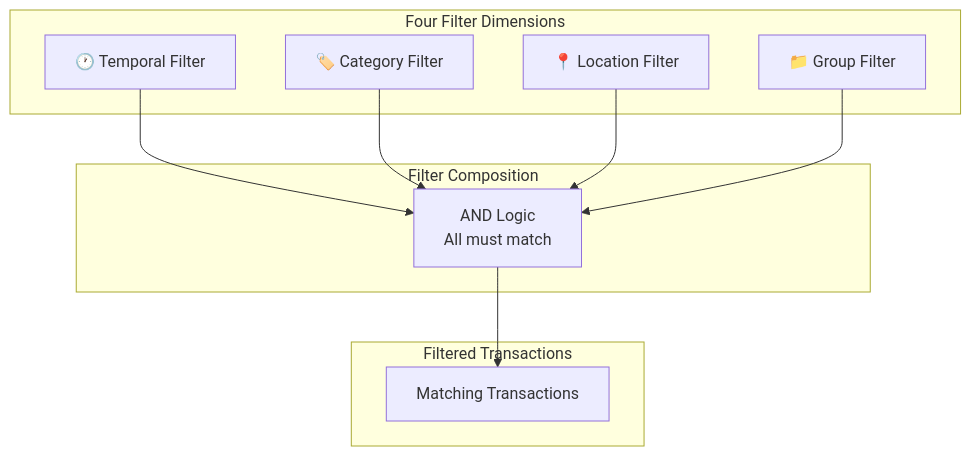
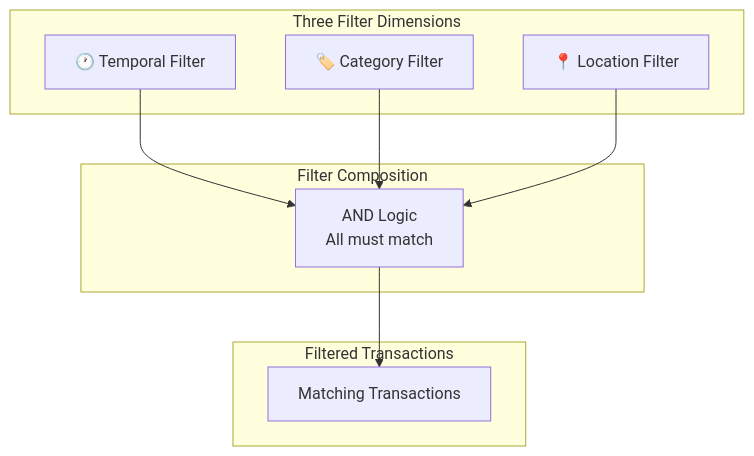
The first of 11 diagrams in docs/architecture/diagrams/filtering-system.md (Brownbull/gmni_boletapp), drawn with Mermaid before and after one commit. The commit also changed other lines of this file and 224 other files, not shown here.

````diff
--- a/docs/architecture/diagrams/filtering-system.md
+++ b/docs/architecture/diagrams/filtering-system.md
@@ -16,23 +16,21 @@
 ```mermaid
 flowchart TB
-    subgraph Filters["Four Filter Dimensions"]
+    subgraph Filters["Three Filter Dimensions"]
         TF[🕐 Temporal Filter]
         CF[🏷️ Category Filter]
         LF[📍 Location Filter]
-        GF[📁 Group Filter]
     end
 
     subgraph Composition["Filter Composition"]
         AND["AND Logic<br/>All must match"]
     end
 
     subgraph Result["Filtered Transactions"]
         R[Matching Transactions]
     end
 
     TF --> AND
     CF --> AND
     LF --> AND
-    GF --> AND
     AND --> R
 ```
````
